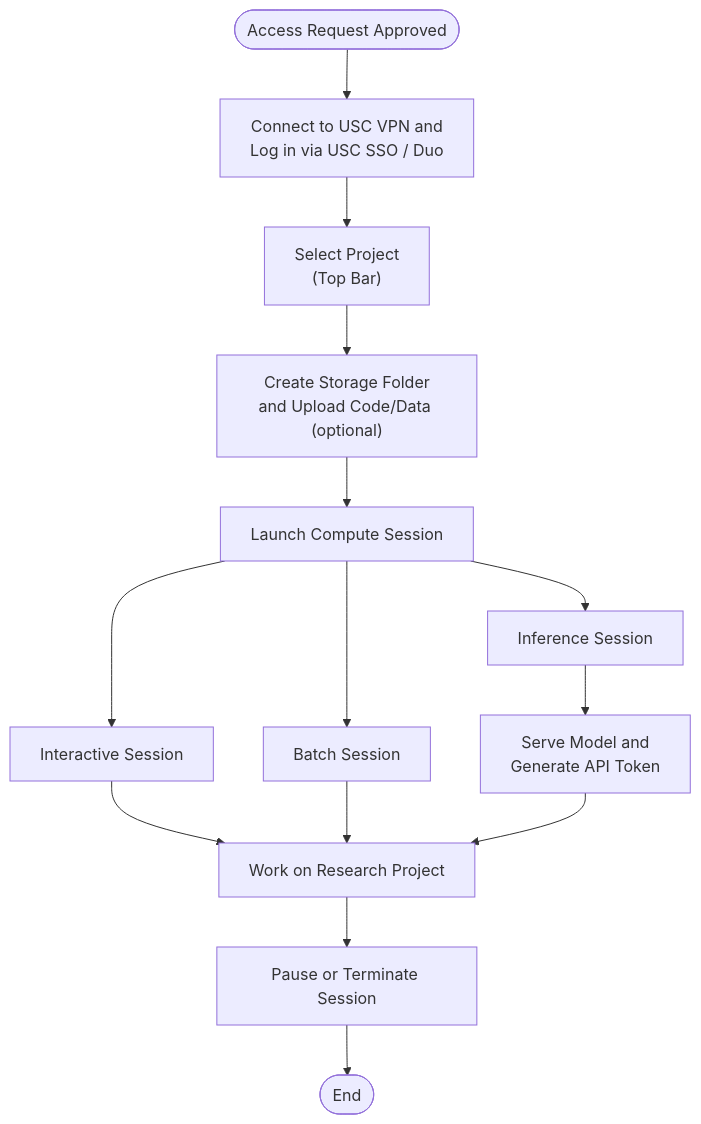
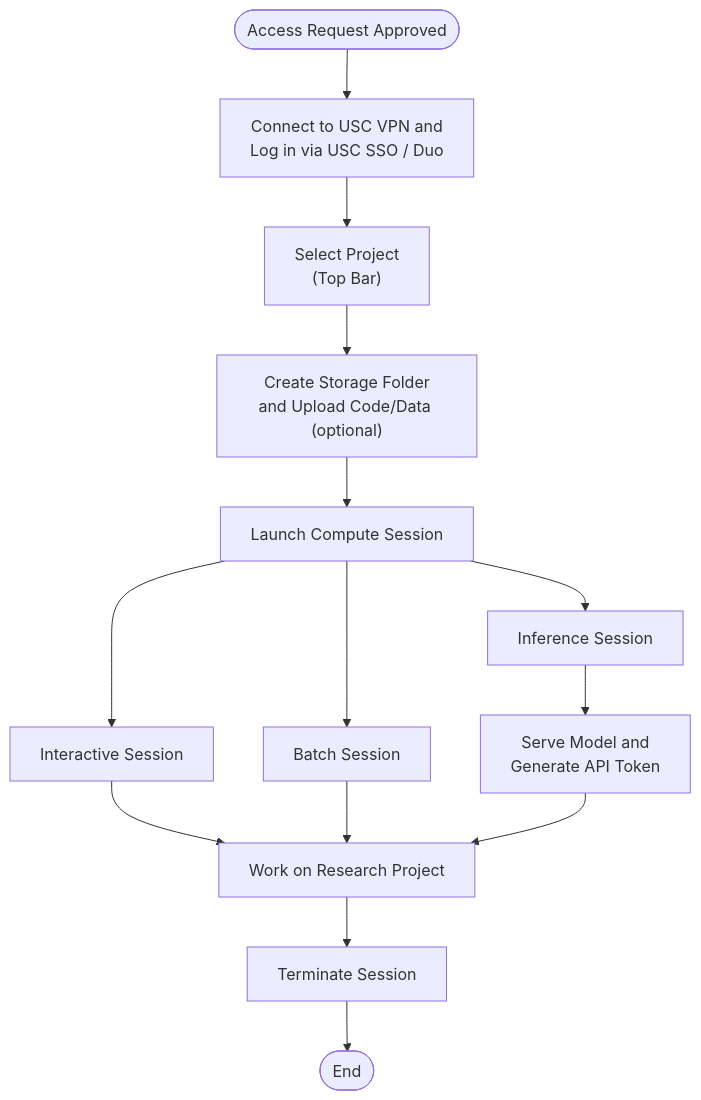
One commit to uschpc/USC-BackendAI-Testing-Docs changed the diagram in topanga-workflow.md. Above: the diagram before and after it, drawn with Mermaid. The commit also changed other lines of this file, not shown here.

````diff
--- a/topanga-workflow.md
+++ b/topanga-workflow.md
@@ -3,24 +3,24 @@
 ```mermaid
 flowchart TD
     Start(["Access Request Approved"])
     VpnSso["Connect to USC VPN and<br/>Log in via USC SSO / Duo"]
     SelectProject["Select Project<br/>(Top Bar)"]
     CreateFolder["Create Storage Folder<br/>and Upload Code/Data (optional)"]
     Launch["Launch Compute Session"]
     Interactive["Interactive Session"]
     Batch["Batch Session"]
     Inference["Inference Session"]
     ServeModel["Serve Model and<br/>Generate API Token"]
     Work["Work on Research Project"]
-    Lifecycle["Pause or Terminate Session"]
+    Lifecycle["Terminate Session"]
     End(["End"])
 
     Start --> VpnSso --> SelectProject --> CreateFolder --> Launch
     Launch --> Interactive
     Launch --> Batch
     Launch --> Inference
     Interactive --> Work
     Batch --> Work
     Inference --> ServeModel --> Work
     Work --> Lifecycle --> End
 ```
````
